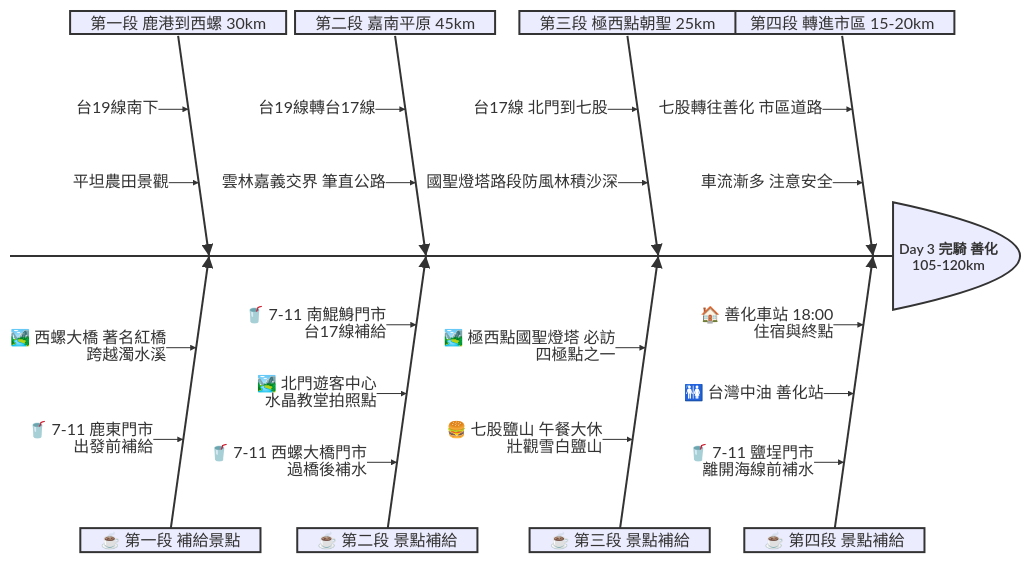
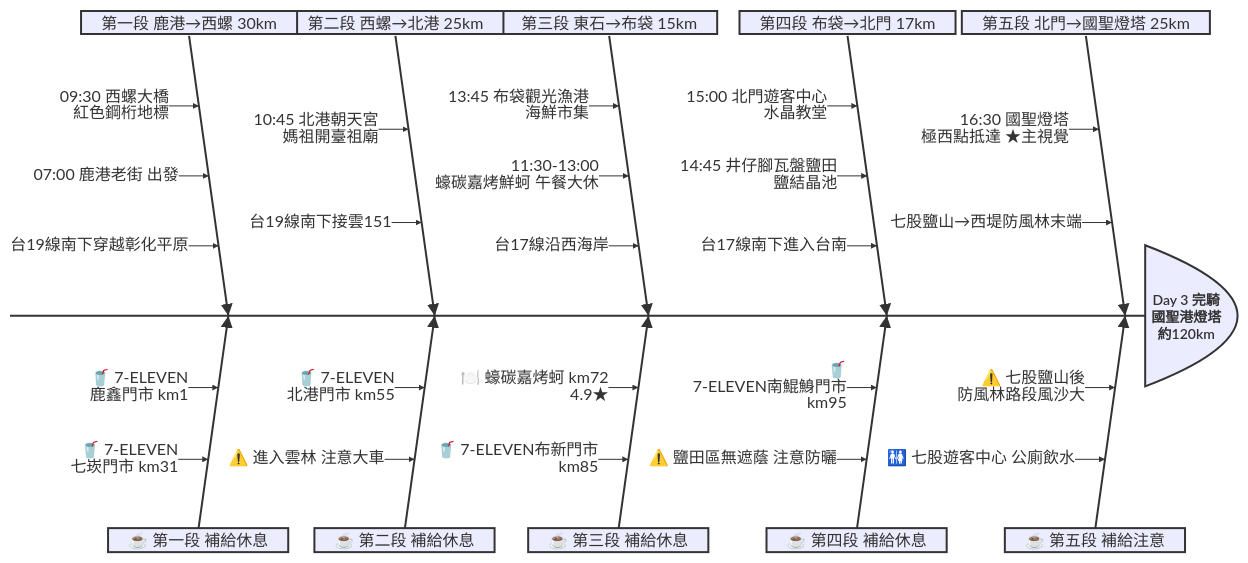
One commit to chinqan/CyclingTW changed the diagram in day3/day3.md. Above: the diagram before and after it, drawn with Mermaid. The commit also changed other lines of this file and 37 other files, not shown here.

````diff
--- a/day3/day3.md
+++ b/day3/day3.md
@@ -27,30 +31,37 @@
 ```mermaid
 ishikawa-beta
-    Day 3 完騎 善化 105-120km
-    第四段 轉進市區 15-20km
-        七股轉往善化 市區道路
-        車流漸多 注意安全
-    ☕️ 第四段 景點補給
-        🏠 善化車站 18:00 住宿與終點
-        🚻 台灣中油 善化站
-        🥤 7-11 鹽埕門市 離開海線前補水
-    第三段 極西點朝聖 25km
-        台17線 北門到七股
-        國聖燈塔路段防風林積沙深
-    ☕️ 第三段 景點補給
-        🏞️ 極西點國聖燈塔 必訪 四極點之一
-        🍔 七股鹽山 午餐大休 壯觀雪白鹽山
-    第二段 嘉南平原 45km
-        台19線轉台17線
-        雲林嘉義交界 筆直公路
-    ☕️ 第二段 景點補給
-        🥤 7-11 南鯤鯓門市 台17線補給
-        🏞️ 北門遊客中心 水晶教堂拍照點
-        🥤 7-11 西螺大橋門市 過橋後補水
-    第一段 鹿港到西螺 30km
-        台19線南下
-        平坦農田景觀
-    ☕️ 第一段 補給景點
-        🏞️ 西螺大橋 著名紅橋 跨越濁水溪
-        🥤 7-11 鹿東門市 出發前補給
+    Day 3 完騎 國聖港燈塔 約120km
+    第五段 北門→國聖燈塔 25km
+        16:30 國聖燈塔 極西點抵達 ★主視覺
+        七股鹽山→西堤防風林末端
+    ☕️ 第五段 補給注意
+        ⚠️ 七股鹽山後 防風林路段風沙大
+        🚻 七股遊客中心 公廁飲水
+    第四段 布袋→北門 17km
+        15:00 北門遊客中心 水晶教堂
+        14:45 井仔腳瓦盤鹽田 鹽結晶池
+        台17線南下進入台南
+    ☕️ 第四段 補給休息
+        🥤 7-ELEVEN南鯤鯓門市 km95
+        ⚠️ 鹽田區無遮蔭 注意防曬
+    第三段 東石→布袋 15km
+        13:45 布袋觀光漁港 海鮮市集
+        11:30-13:00 蠔碳嘉烤鮮蚵 午餐大休
+        台17線沿西海岸
+    ☕️ 第三段 補給休息
+        🍽️ 蠔碳嘉烤蚵 km72 4.9★
+        🥤 7-ELEVEN布新門市 km85
+    第二段 西螺→北港 25km
+        10:45 北港朝天宮 媽祖開臺祖廟
+        台19線南下接雲151
+    ☕️ 第二段 補給休息
+        🥤 7-ELEVEN 北港門市 km55
+        ⚠️ 進入雲林 注意大車
+    第一段 鹿港→西螺 30km
+        09:30 西螺大橋 紅色鋼桁地標
+        07:00 鹿港老街 出發
+        台19線南下穿越彰化平原
+    ☕️ 第一段 補給休息
+        🥤 7-ELEVEN 鹿鑫門市 km1
+        🥤 7-ELEVEN 七崁門市 km31
 ```
````
